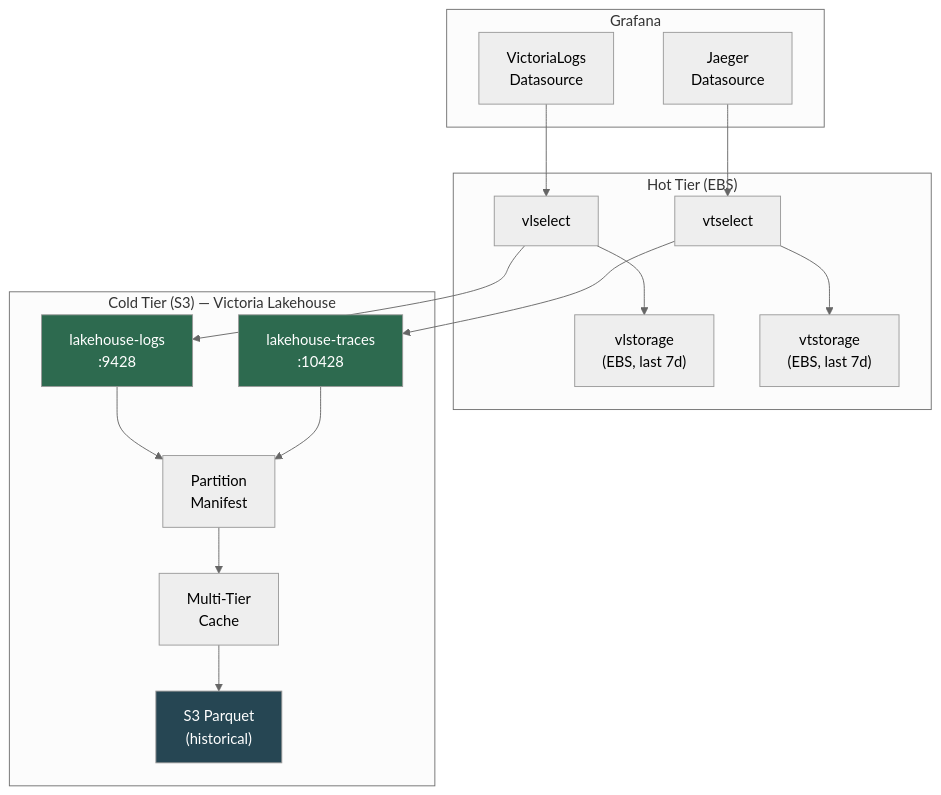
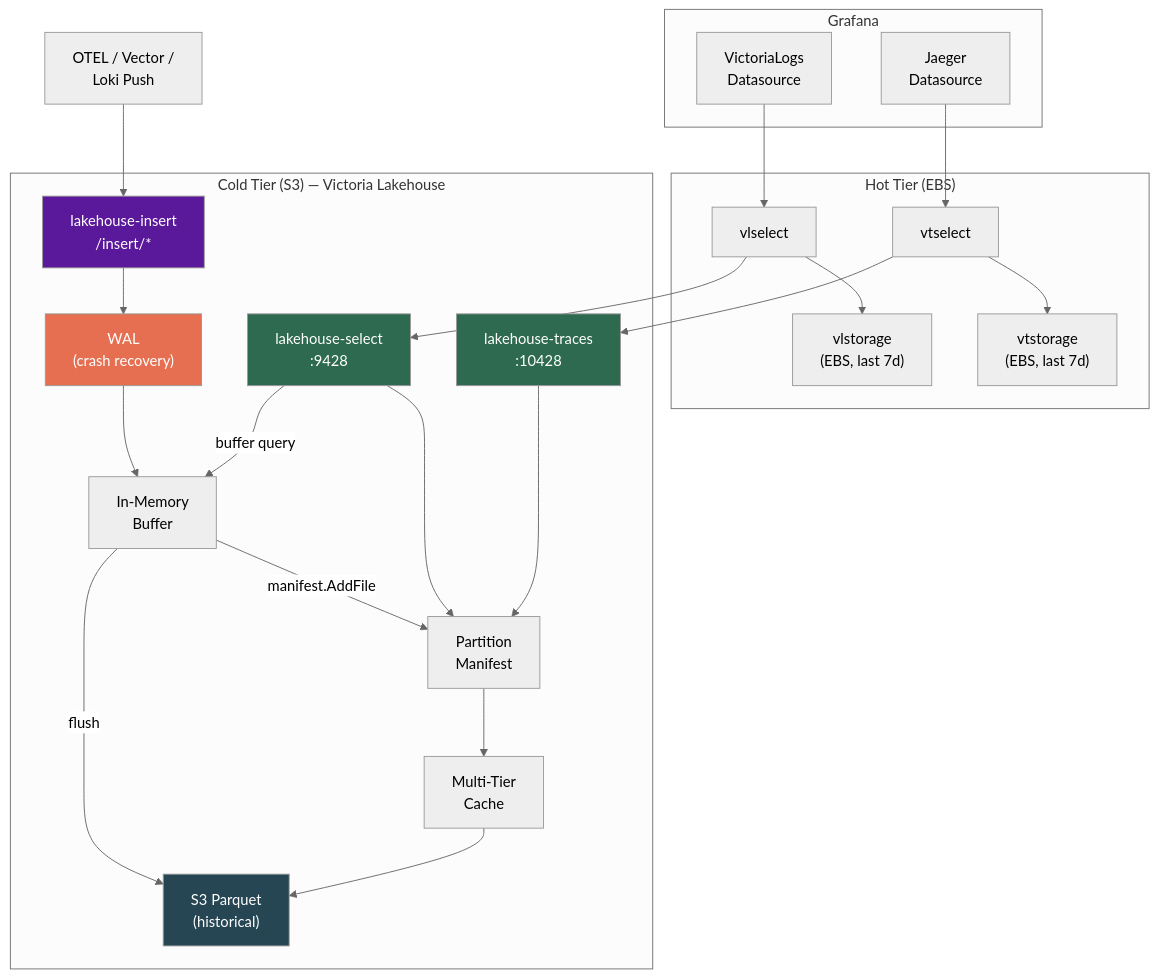
Before and after one commit to ReliablyObserve/victoria-lakehouse: the first of 7 diagrams in README.md, drawn with Mermaid (neutral theme). The commit also changed other lines of this file and 5 other files, not shown here.

````diff
--- a/README.md
+++ b/README.md
@@ -84,37 +86,49 @@
 ```mermaid
 graph TB
     subgraph "Grafana"
         VL_DS["VictoriaLogs<br/>Datasource"]
         J_DS["Jaeger<br/>Datasource"]
     end
 
     subgraph "Hot Tier (EBS)"
         vlselect["vlselect"]
         vtselect["vtselect"]
         vlstorage["vlstorage<br/>(EBS, last 7d)"]
         vtstorage["vtstorage<br/>(EBS, last 7d)"]
     end
 
     subgraph "Cold Tier (S3) — Victoria Lakehouse"
-        LH_L["lakehouse-logs<br/>:9428"]
+        LH_I["lakehouse-insert<br/>/insert/*"]
+        LH_L["lakehouse-select<br/>:9428"]
         LH_T["lakehouse-traces<br/>:10428"]
+        WAL["WAL<br/>(crash recovery)"]
+        BUF["In-Memory<br/>Buffer"]
         Manifest["Partition<br/>Manifest"]
         Cache["Multi-Tier<br/>Cache"]
         S3["S3 Parquet<br/>(historical)"]
     end
+
+    Clients["OTEL / Vector /<br/>Loki Push"] --> LH_I
+    LH_I --> WAL
+    WAL --> BUF
+    BUF -->|flush| S3
+    BUF -->|manifest.AddFile| Manifest
+    LH_L -->|buffer query| BUF
 
     VL_DS --> vlselect
     J_DS --> vtselect
     vlselect --> vlstorage
     vlselect --> LH_L
     vtselect --> vtstorage
     vtselect --> LH_T
     LH_L --> Manifest
     LH_T --> Manifest
     Manifest --> Cache
     Cache --> S3
 
+    style LH_I fill:#5a189a,color:#fff
     style LH_L fill:#2d6a4f,color:#fff
     style LH_T fill:#2d6a4f,color:#fff
     style S3 fill:#264653,color:#fff
+    style WAL fill:#e76f51,color:#fff
 ```
````
